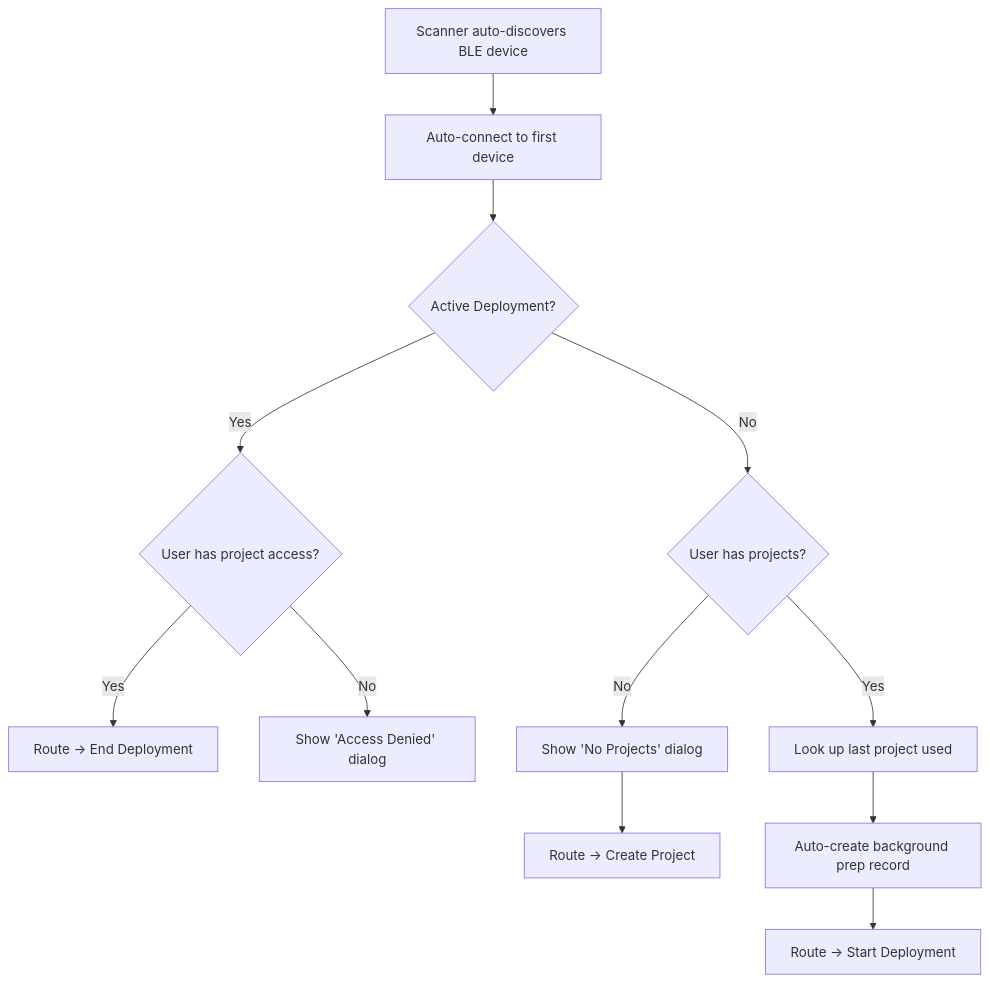
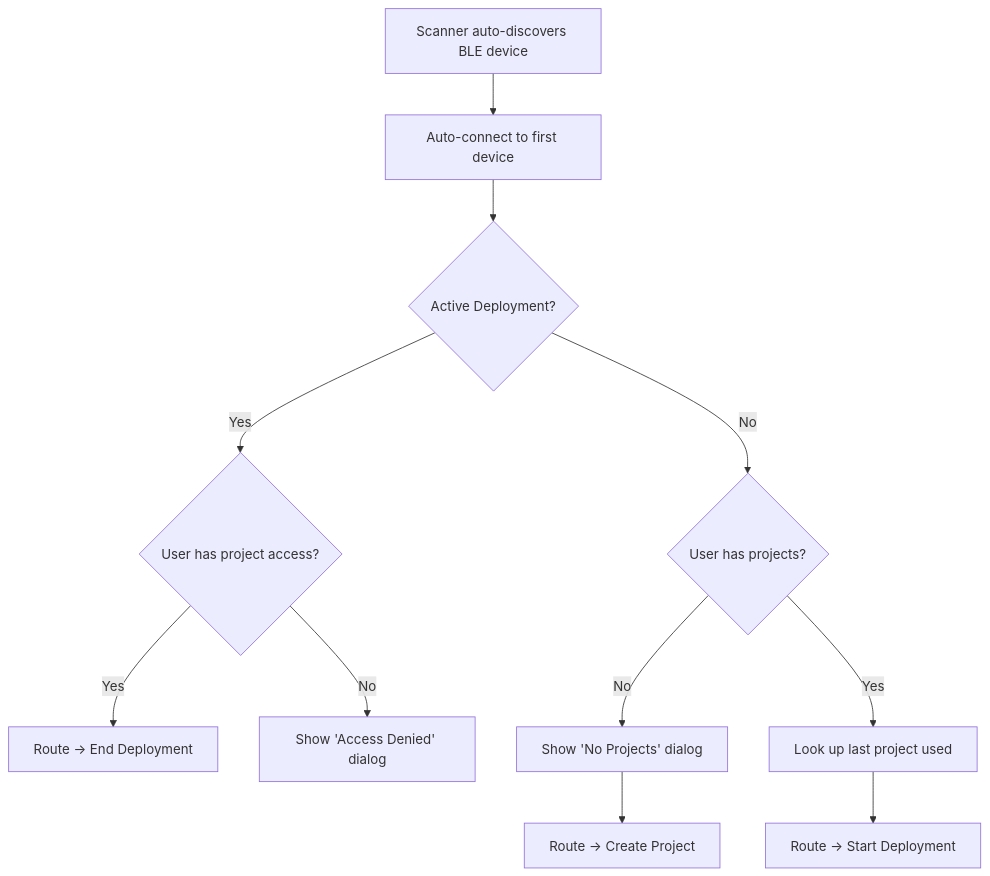
Before and after one commit to wildlifeai/ww-mobile-app: the first of 3 diagrams in documentation/onboarding/04-DEVICE-FLOWS.md, drawn with Mermaid. The commit also changed other lines of this file and 22 other files, not shown here.

First line of the commit message:
chore: sync schema from backend and fix documentation discrepancies

````diff
--- a/documentation/onboarding/04-DEVICE-FLOWS.md
+++ b/documentation/onboarding/04-DEVICE-FLOWS.md
@@ -19,14 +19,13 @@
 ```mermaid
 flowchart TD
     A["Scanner auto-discovers BLE device"] --> B["Auto-connect to first device"]
     B --> C{"Active Deployment?"}
     C -- Yes --> D{"User has project access?"}
     D -- Yes --> E["Route → End Deployment"]
     D -- No --> F["Show 'Access Denied' dialog"]
     C -- No --> G{"User has projects?"}
     G -- No --> H["Show 'No Projects' dialog"]
     H --> I["Route → Create Project"]
     G -- Yes --> J["Look up last project used"]
-    J --> K["Auto-create background prep record"]
-    K --> L["Route → Start Deployment"]
+    J --> L["Route → Start Deployment"]
 ```
````
